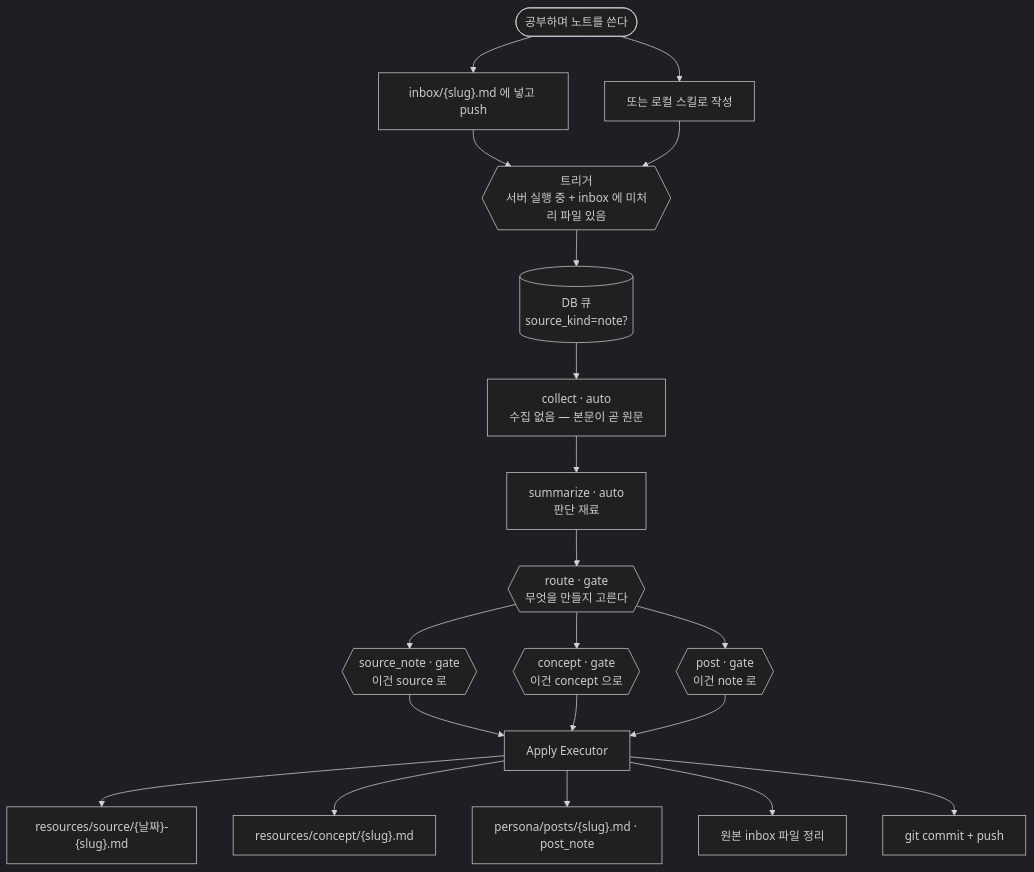
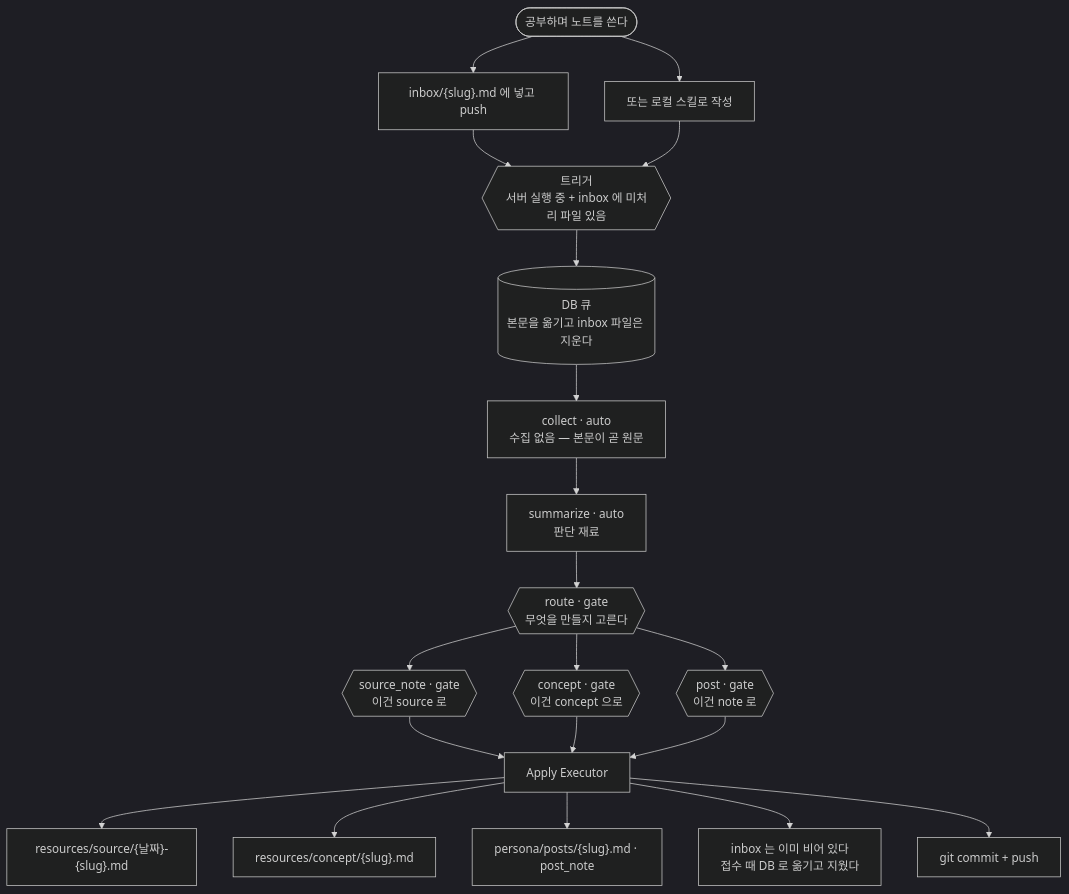
Before and after one commit to kknaks/kknaks_profile: the fourth of 4 diagrams in products/kknaks-dev/00-baseline/baseline-007-update-lines-by-case.md, drawn with Mermaid (dark theme). The commit also changed other lines of this file, not shown here.

First line of the commit message:
docs(BL-007): OQ-10 닫음 — inbox 비우기 + 큐 조회 스킵

````diff
--- a/products/kknaks-dev/00-baseline/baseline-007-update-lines-by-case.md
+++ b/products/kknaks-dev/00-baseline/baseline-007-update-lines-by-case.md
@@ -207,26 +207,26 @@
 ```mermaid
 flowchart TD
     W(["공부하며 노트를 쓴다"]) --> P1["inbox/{slug}.md 에 넣고 push"]
     W --> P2["또는 로컬 스킬로 작성"]
     P1 --> T{{"트리거<br/>서버 실행 중 + inbox 에 미처리 파일 있음"}}
     P2 --> T
-    T --> Q[("DB 큐<br/>source_kind=note?")]
+    T --> Q[("DB 큐<br/>본문을 옮기고 inbox 파일은 지운다")]
 
     Q --> C["collect · auto<br/>수집 없음 — 본문이 곧 원문"]
     C --> S["summarize · auto<br/>판단 재료"]
 
     S --> R{{"route · gate<br/>무엇을 만들지 고른다"}}
     R --> G1{{"source_note · gate<br/>이건 source 로"}}
     R --> G2{{"concept · gate<br/>이건 concept 으로"}}
     R --> G3{{"post · gate<br/>이건 note 로"}}
 
     G1 --> A["Apply Executor"]
     G2 --> A
     G3 --> A
 
     A --> D1["resources/source/{날짜}-{slug}.md"]
     A --> D2["resources/concept/{slug}.md"]
     A --> D3["persona/posts/{slug}.md · post_note"]
-    A --> D4["원본 inbox 파일 정리"]
+    A --> D4["inbox 는 이미 비어 있다<br/>접수 때 DB 로 옮기고 지웠다"]
     A --> D5["git commit + push"]
 ```
````
